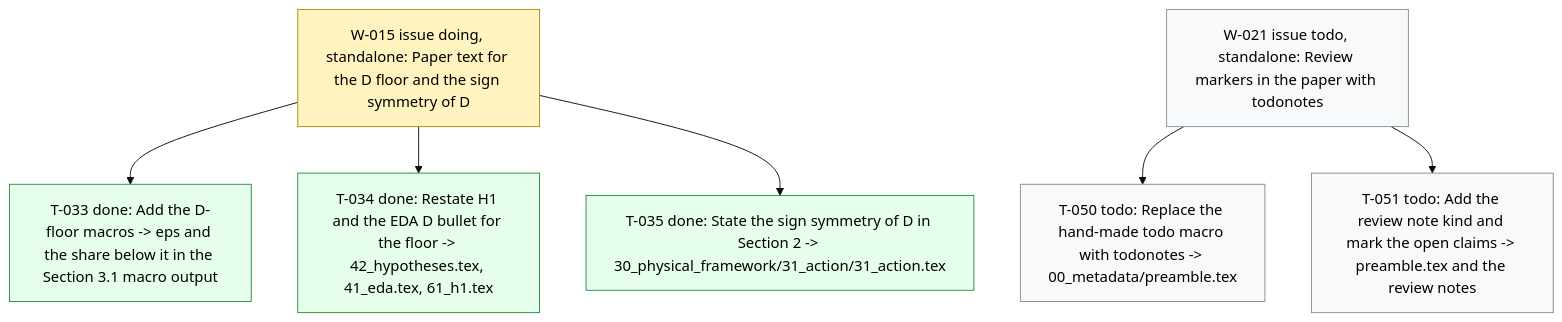
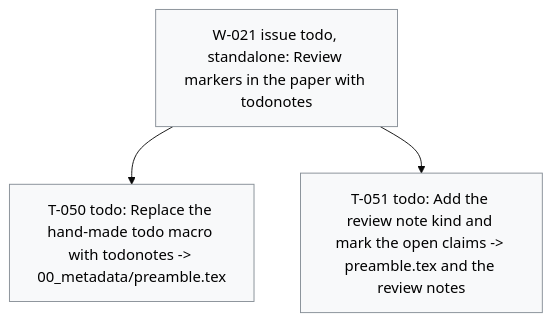
One commit to dpopchev/surrogate-models changed the diagram in .board/BOARD.md. Above: the diagram before and after it, drawn with Mermaid (base theme). The commit also changed other lines of this file and 2 other files, not shown here.

Commit message:
chore: close W-015 on the board
Refs: W-015

````diff
--- a/.board/BOARD.md
+++ b/.board/BOARD.md
@@ -171,18 +173,12 @@
 ```mermaid
 flowchart TD
-  W015["W-015 issue doing, standalone: Paper text for the D floor and the sign symmetry of D"]
-  W015 --> T033["T-033 done: Add the D-floor macros -> eps and the share below it in the Section 3.1 macro output"]
-  W015 --> T034["T-034 done: Restate H1 and the EDA D bullet for the floor -> 42_hypotheses.tex, 41_eda.tex, 61_h1.tex"]
-  W015 --> T035["T-035 done: State the sign symmetry of D in Section 2 -> 30_physical_framework/31_action/31_action.tex"]
   W021["W-021 issue todo, standalone: Review markers in the paper with todonotes"]
   W021 --> T050["T-050 todo: Replace the hand-made todo macro with todonotes -> 00_metadata/preamble.tex"]
   W021 --> T051["T-051 todo: Add the review note kind and mark the open claims -> preamble.tex and the review notes"]
   classDef doing fill:#fff3bf,stroke:#b58900,color:#000;
   classDef blocked fill:#ffe3e3,stroke:#c92a2a,color:#000;
   classDef done fill:#e6ffed,stroke:#2b8a3e,color:#000;
   classDef todo fill:#f8f9fa,stroke:#868e96,color:#000;
   classDef pruned fill:#f1f3f5,stroke:#adb5bd,color:#000;
-  class W015 doing
-  class T033,T034,T035 done
   class W021,T050,T051 todo
 ```
````
